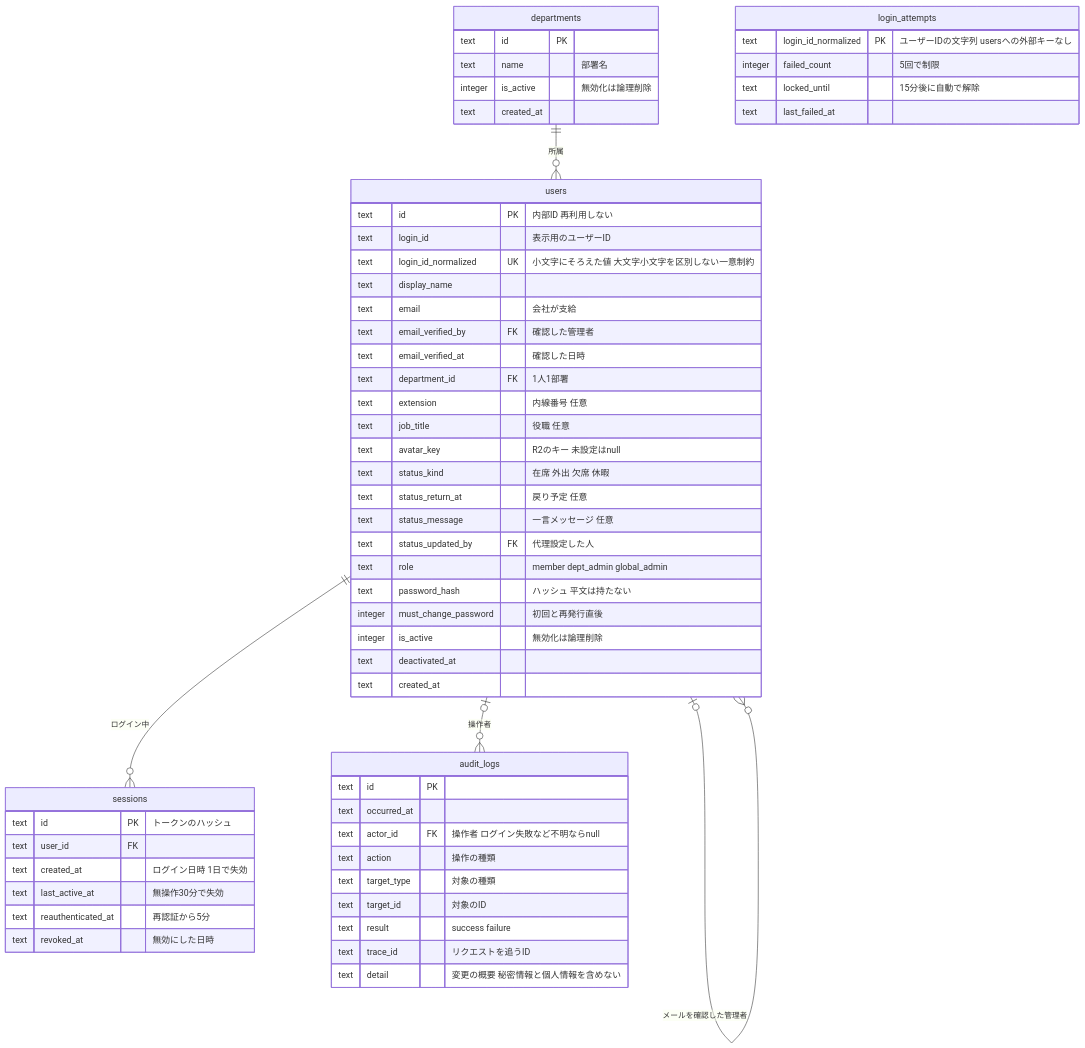
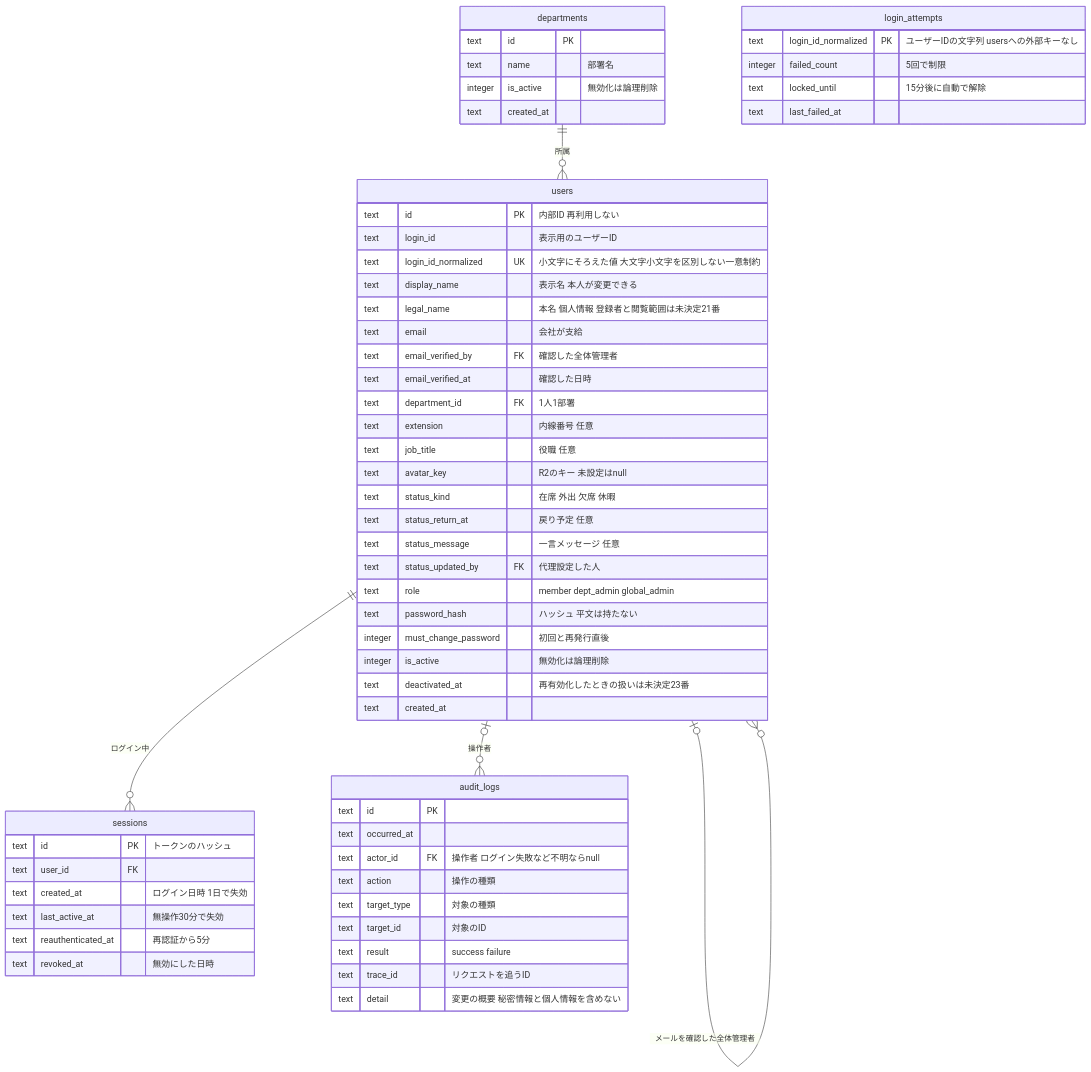
The second of 4 diagrams in docs/requirements/data-model.md (yamamotonaoki3/internal-system), drawn with Mermaid before and after one commit. The commit also changed other lines of this file and 7 other files, not shown here.

````diff
--- a/docs/requirements/data-model.md
+++ b/docs/requirements/data-model.md
@@ -66,62 +66,63 @@
 ```mermaid
 erDiagram
     departments ||--o{ users : "所属"
     users ||--o{ sessions : "ログイン中"
     users |o--o{ audit_logs : "操作者"
-    users |o--o{ users : "メールを確認した管理者"
+    users |o--o{ users : "メールを確認した全体管理者"
 
     departments {
         text id PK
         text name "部署名"
         integer is_active "無効化は論理削除"
         text created_at
     }
     users {
         text id PK "内部ID 再利用しない"
         text login_id "表示用のユーザーID"
         text login_id_normalized UK "小文字にそろえた値 大文字小文字を区別しない一意制約"
-        text display_name
+        text display_name "表示名 本人が変更できる"
+        text legal_name "本名 個人情報 登録者と閲覧範囲は未決定21番"
         text email "会社が支給"
-        text email_verified_by FK "確認した管理者"
+        text email_verified_by FK "確認した全体管理者"
         text email_verified_at "確認した日時"
         text department_id FK "1人1部署"
         text extension "内線番号 任意"
         text job_title "役職 任意"
         text avatar_key "R2のキー 未設定はnull"
         text status_kind "在席 外出 欠席 休暇"
         text status_return_at "戻り予定 任意"
         text status_message "一言メッセージ 任意"
         text status_updated_by FK "代理設定した人"
         text role "member dept_admin global_admin"
         text password_hash "ハッシュ 平文は持たない"
         integer must_change_password "初回と再発行直後"
         integer is_active "無効化は論理削除"
-        text deactivated_at
+        text deactivated_at "再有効化したときの扱いは未決定23番"
         text created_at
     }
     sessions {
         text id PK "トークンのハッシュ"
         text user_id FK
         text created_at "ログイン日時 1日で失効"
         text last_active_at "無操作30分で失効"
         text reauthenticated_at "再認証から5分"
         text revoked_at "無効にした日時"
     }
     login_attempts {
         text login_id_normalized PK "ユーザーIDの文字列 usersへの外部キーなし"
         integer failed_count "5回で制限"
         text locked_until "15分後に自動で解除"
         text last_failed_at
     }
     audit_logs {
         text id PK
         text occurred_at
         text actor_id FK "操作者 ログイン失敗など不明ならnull"
         text action "操作の種類"
         text target_type "対象の種類"
         text target_id "対象のID"
         text result "success failure"
         text trace_id "リクエストを追うID"
         text detail "変更の概要 秘密情報と個人情報を含めない"
     }
 ```
````
